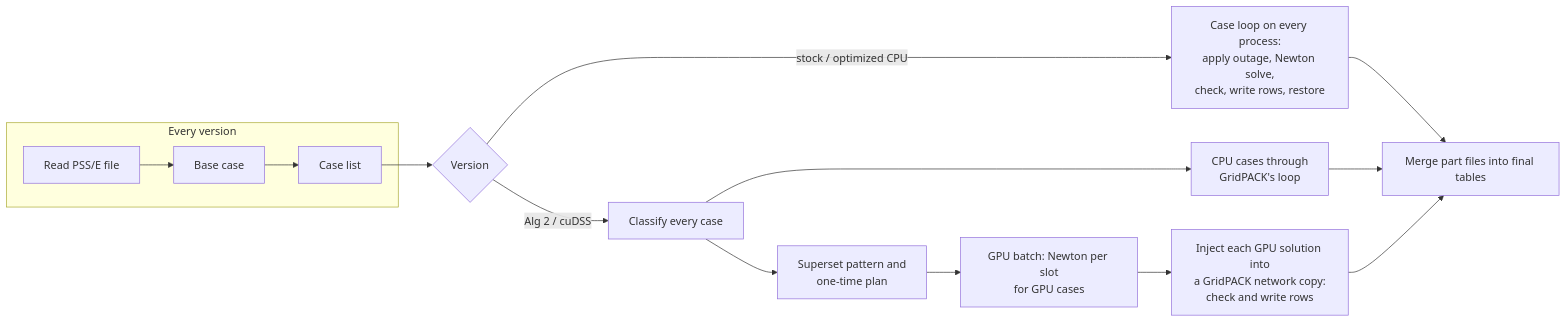
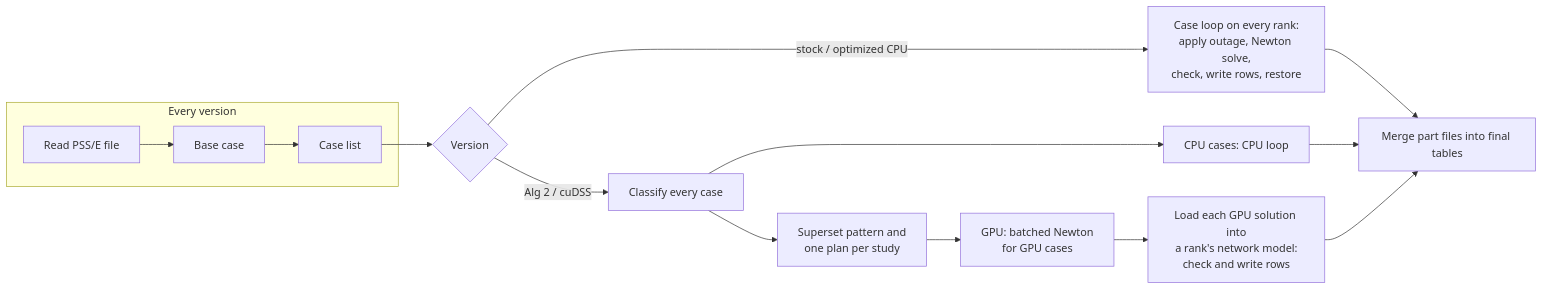
The diagram in docs/gpu_n1/report/02-methodology.md (alexluhuang/GridLens-Solver-GPU), drawn with Mermaid before and after one commit. The commit also changed other lines of this file and 4 other files, not shown here.

````diff
--- a/docs/gpu_n1/report/02-methodology.md
+++ b/docs/gpu_n1/report/02-methodology.md
@@ -19,15 +50,15 @@
 ```mermaid
 flowchart LR
     subgraph all[Every version]
       R[Read PSS/E file] --> B[Base case] --> L[Case list]
     end
     L --> S{Version}
-    S -- stock / optimized CPU --> C[Case loop on every process:<br/>apply outage, Newton solve,<br/>check, write rows, restore]
-    S -- Alg 2 / cuDSS --> K[Classify every case] --> P[Superset pattern and<br/>one-time plan]
-    P --> G[GPU batch: Newton per slot<br/>for GPU cases]
-    K --> CC[CPU cases through<br/>GridPACK's loop]
-    G --> I[Inject each GPU solution into<br/>a GridPACK network copy:<br/>check and write rows]
+    S -- stock / optimized CPU --> C[Case loop on every rank:<br/>apply outage, Newton solve,<br/>check, write rows, restore]
+    S -- Alg 2 / cuDSS --> K[Classify every case] --> P[Superset pattern and<br/>one plan per study]
+    P --> G[GPU: batched Newton<br/>for GPU cases]
+    K --> CC[CPU cases: CPU loop]
+    G --> I[Load each GPU solution into<br/>a rank's network model:<br/>check and write rows]
     C --> M[Merge part files into final tables]
     CC --> M
     I --> M
 ```
````
